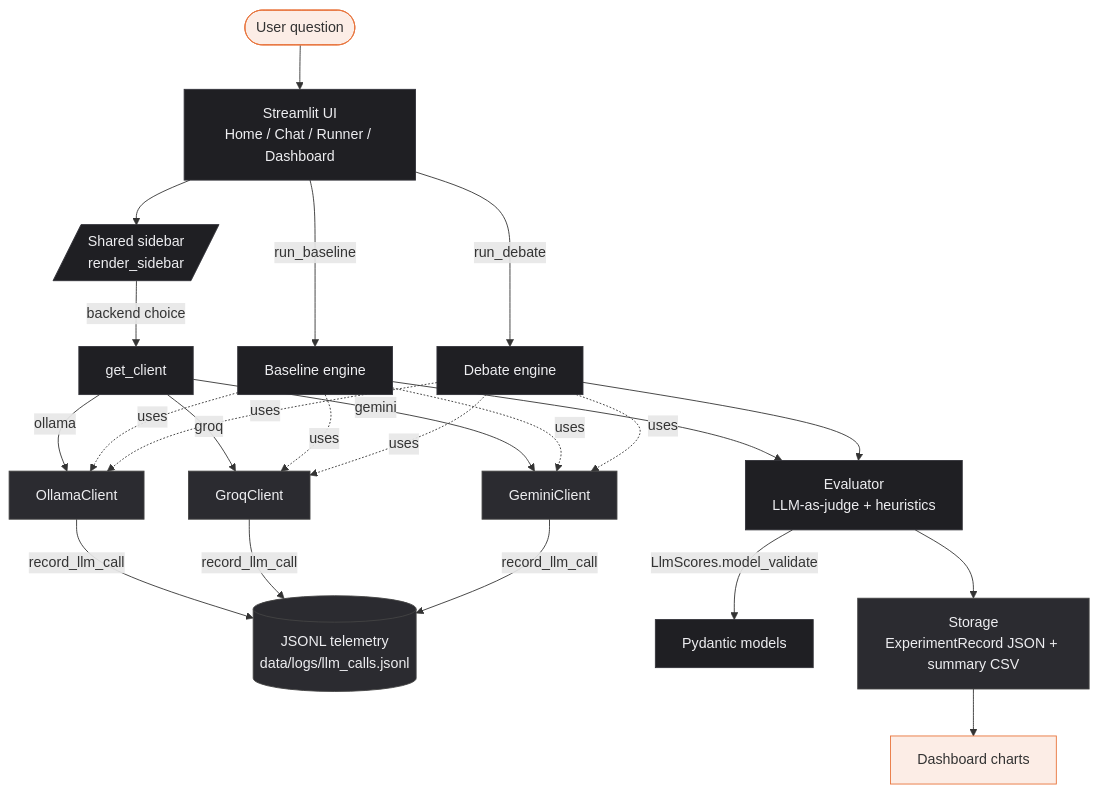
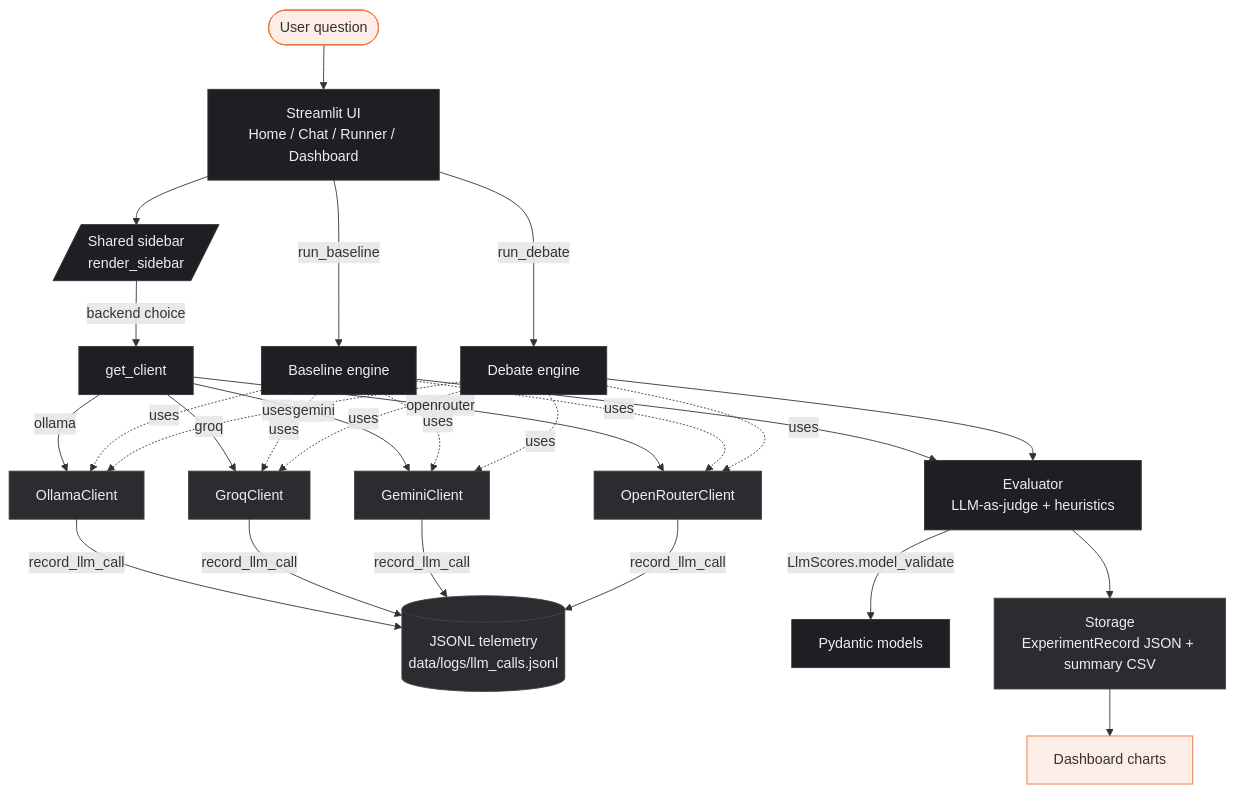
The diagram in README.md (diogovasconcelosmerca/multi-agent-debate), drawn with Mermaid before and after one commit. The commit also changed other lines of this file, not shown here.

First line of the commit message:
README: backend count three -> four, mermaid + perf table updated

````diff
--- a/README.md
+++ b/README.md
@@ -50,27 +51,28 @@
 ```mermaid
 flowchart TB
     User([User question]) --> UI[Streamlit UI<br/>Home / Chat / Runner / Dashboard]
     UI --> Sidebar[/Shared sidebar<br/>render_sidebar/]
     Sidebar -->|backend choice| Factory[get_client]
     Factory -->|ollama| OC[OllamaClient]
     Factory -->|groq| GC[GroqClient]
     Factory -->|gemini| GMC[GeminiClient]
+    Factory -->|openrouter| ORC[OpenRouterClient]
 
     UI -->|run_baseline| BE[Baseline engine]
     UI -->|run_debate| DE[Debate engine]
-    BE & DE -.uses.-> OC & GC & GMC
-    OC & GC & GMC -->|record_llm_call| TEL[(JSONL telemetry<br/>data/logs/llm_calls.jsonl)]
+    BE & DE -.uses.-> OC & GC & GMC & ORC
+    OC & GC & GMC & ORC -->|record_llm_call| TEL[(JSONL telemetry<br/>data/logs/llm_calls.jsonl)]
 
     BE --> EV[Evaluator<br/>LLM-as-judge + heuristics]
     DE --> EV
     EV -->|LlmScores.model_validate| MODELS[Pydantic models]
     EV --> ST[Storage<br/>ExperimentRecord JSON + summary CSV]
     ST --> DASH[Dashboard charts]
 
     classDef io fill:#E8733A20,stroke:#E8733A;
     classDef core fill:#1F1F23,stroke:#33333A,color:#EEEEF1;
     classDef store fill:#2B2B30,stroke:#444,color:#EEEEF1;
     class User,DASH io;
     class UI,Sidebar,Factory,BE,DE,EV,MODELS core;
-    class OC,GC,GMC,TEL,ST store;
+    class OC,GC,GMC,ORC,TEL,ST store;
 ```
````
